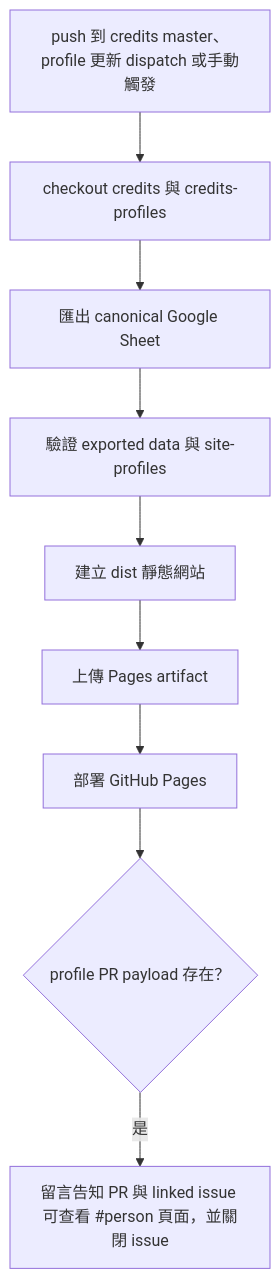
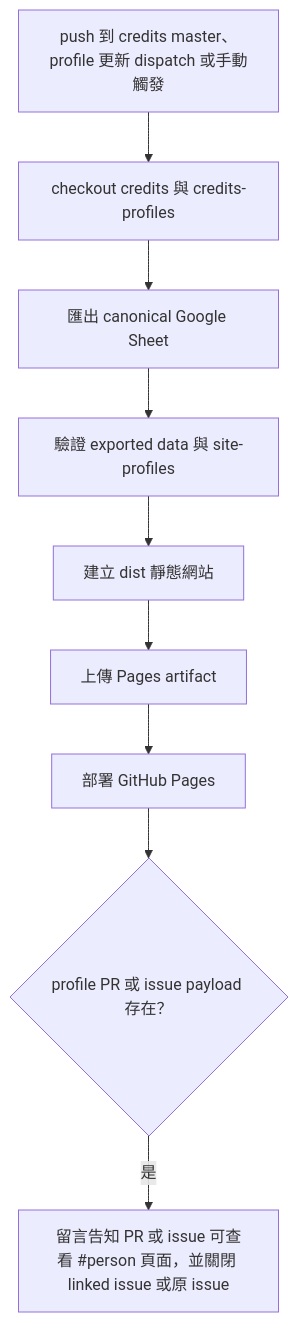
One commit to sitcon-tw/credits changed the fourth of 5 diagrams in docs/workflows.md. Above: the diagram before and after it, drawn with Mermaid. The commit also changed other lines of this file and 2 other files, not shown here.

Commit message:
docs: describe claim-only profile workflow

````diff
--- a/docs/workflows.md
+++ b/docs/workflows.md
@@ -74,11 +97,11 @@
 ```mermaid
 flowchart TD
   push["push 到 credits master、profile 更新 dispatch 或手動觸發"] --> checkout["checkout credits 與 credits-profiles"]
   checkout --> export["匯出 canonical Google Sheet"]
   export --> validate["驗證 exported data 與 site-profiles"]
   validate --> build["建立 dist 靜態網站"]
   build --> artifact["上傳 Pages artifact"]
   artifact --> deploy["部署 GitHub Pages"]
-  deploy --> publishedComment{"profile PR payload 存在？"}
-  publishedComment -->|是| comment["留言告知 PR 與 linked issue 可查看 #person 頁面，並關閉 issue"]
+  deploy --> publishedComment{"profile PR 或 issue payload 存在？"}
+  publishedComment -->|是| comment["留言告知 PR 或 issue 可查看 #person 頁面，並關閉 linked issue 或原 issue"]
 ```
````
